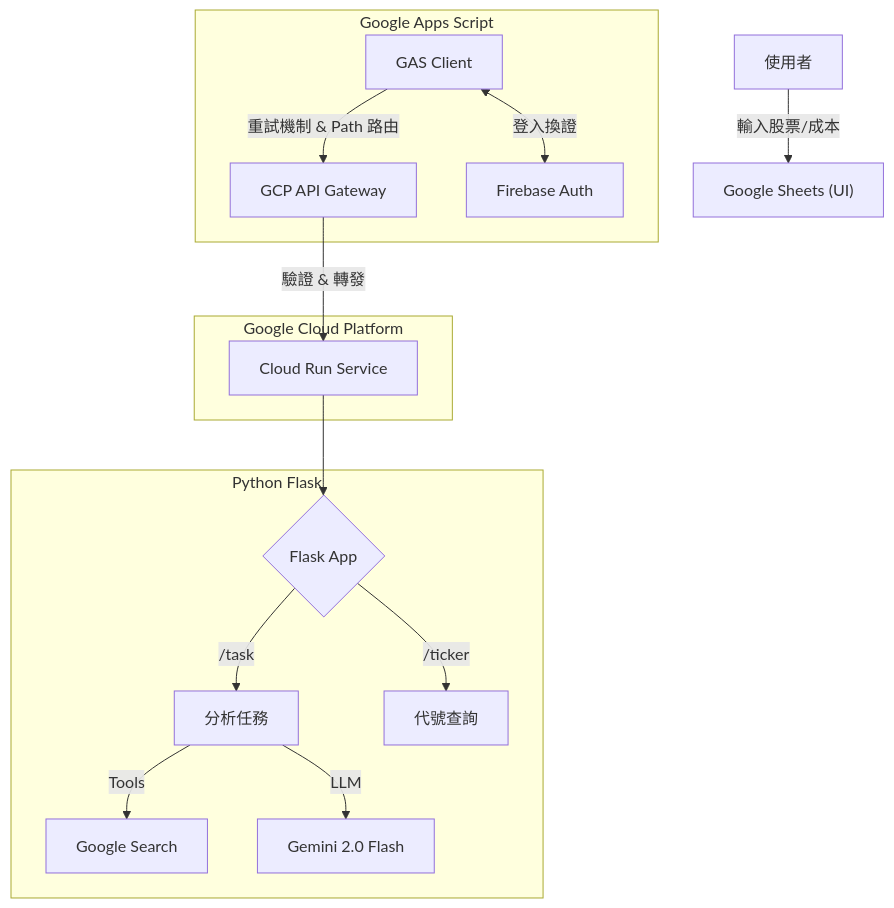
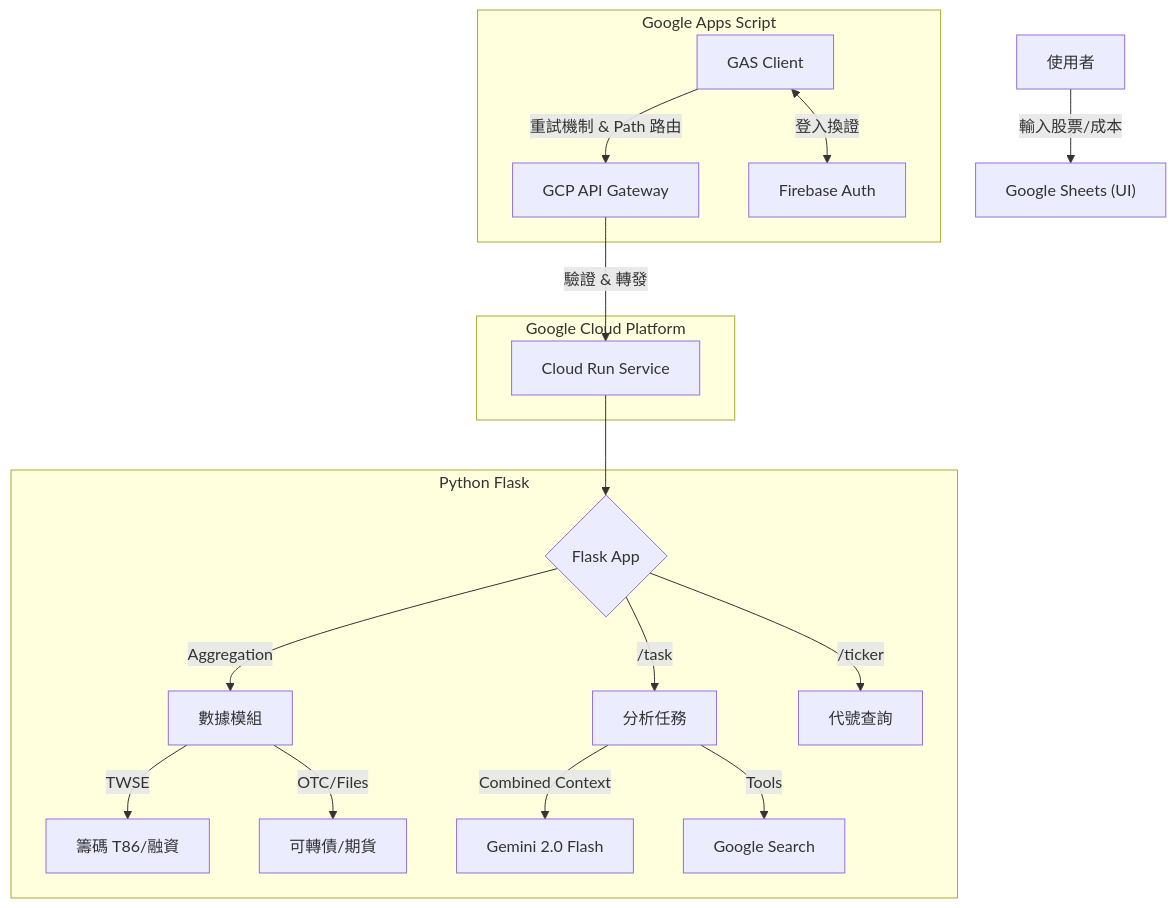
Before and after one commit to DinoChang0926/daily-gemini-task: the diagram in README.md, drawn with Mermaid. The commit also changed other lines of this file and 2 other files, not shown here.

Commit message:
feat: Add Flask backend for Gemini-powered stock analysis, including Gunicorn deployment, stock data pre-fetching, and API endpoints for ticker lookup and task execution.

````diff
--- a/README.md
+++ b/README.md
@@ -18,21 +18,24 @@
 ```mermaid
 graph TD
     User[使用者] -->|輸入股票/成本| Sheet["Google Sheets (UI)"]
     
     subgraph Frontend [Google Apps Script]
         GAS[GAS Client] -->|重試機制 & Path 路由| Gateway
         GAS <-->|登入換證| Firebase[Firebase Auth]
     end
     
     subgraph Security Layer [Google Cloud Platform]
         Gateway[GCP API Gateway] -->|驗證 & 轉發| CloudRun[Cloud Run Service]
     end
     
     subgraph Backend [Python Flask]
         CloudRun --> Flask{Flask App}
         Flask -->|/task| GeminiTask[分析任務]
+        Flask -->|Aggregation| DataModules[數據模組]
+        DataModules -->|TWSE| Chips[籌碼 T86/融資]
+        DataModules -->|OTC/Files| CB[可轉債/期貨]
         Flask -->|/ticker| TickerLookup[代號查詢]
+        GeminiTask -->|Combined Context| VertexAI[Gemini 2.0 Flash]
         GeminiTask -->|Tools| GoogleSearch[Google Search]
-        GeminiTask -->|LLM| VertexAI[Gemini 2.0 Flash]
     end
 ```
````
